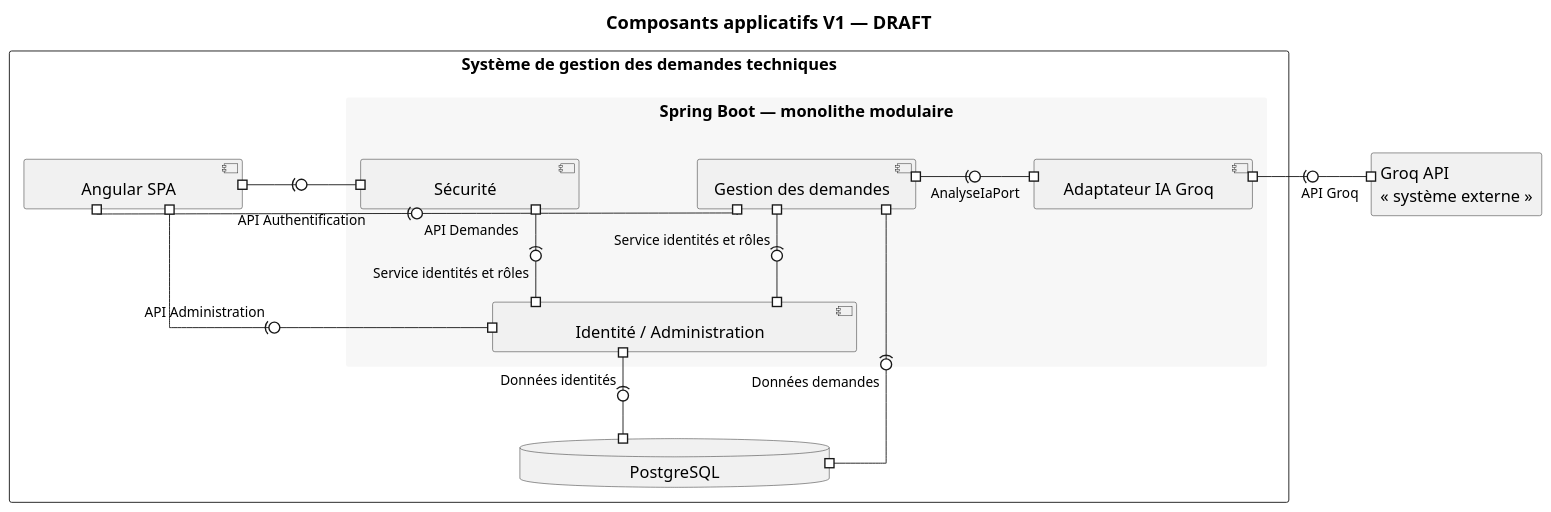
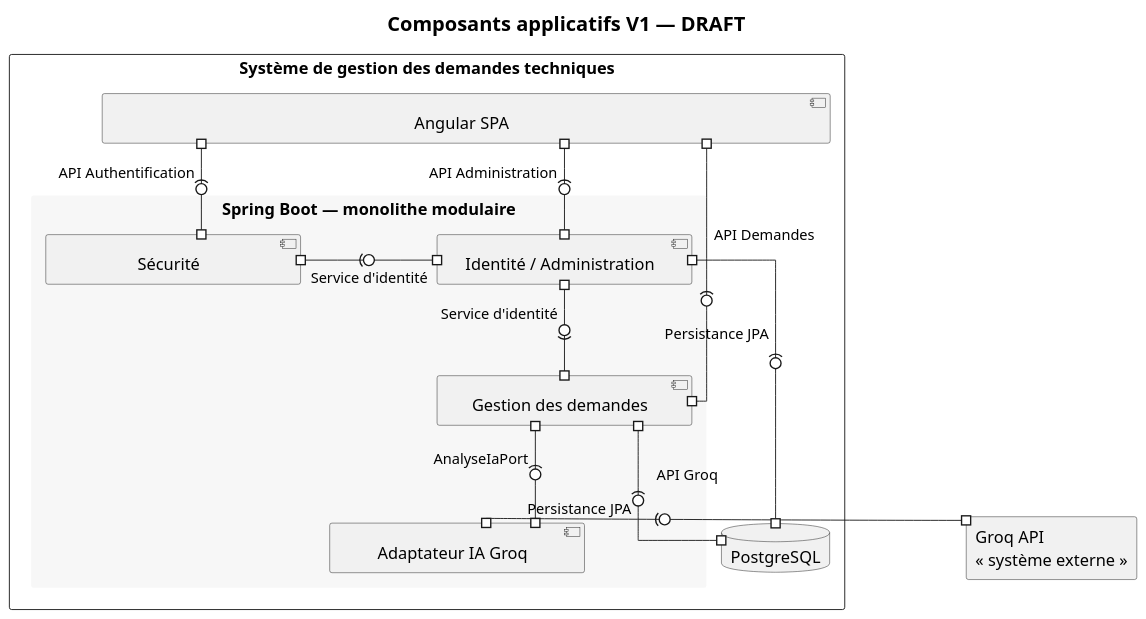
The diagram in docs/uml/component/application-components-v1.puml (akrouty/gestion-demandes-techniques), drawn with PlantUML before and after one commit.

Commit message:
composant diagraml ffixed

```diff
--- a/docs/uml/component/application-components-v1.puml
+++ b/docs/uml/component/application-components-v1.puml
@@ -1,66 +1,52 @@
 @startuml
 !pragma horizontalLineBetweenDifferentPackageAllowed
 ' Statut : DRAFT
-' Vue logique limitée ; aucun détail de déploiement.
-' Les contrats portent des noms architecturaux ; seule AnalyseIaPort est une interface Java.
-' layoutWide est un sélecteur graphique masqué, sans signification architecturale.
+' Vue d'architecture logique limitée ; aucun détail de déploiement.
+' Service d'identité : contrat applicatif de la classe IdentiteService, pas une interface Java.
+' Persistance JPA : accès applicatif via Spring Data JPA/Hibernate à PostgreSQL.
+' PostgreSQL est le système de persistance ; il ne fournit pas l'API JPA.
+' Le Port/Adapter concerne uniquement l'intégration IA.
 title Composants applicatifs V1 — DRAFT
 top to bottom direction
 skinparam monochrome true
 skinparam shadowing false
 skinparam backgroundColor white
 skinparam componentStyle uml2
 skinparam defaultFontSize 18
-skinparam ArrowFontSize 15
-skinparam titleFontSize 20
+skinparam ArrowFontSize 16
+skinparam titleFontSize 22
+skinparam linetype ortho
+skinparam nodesep 150
+skinparam ranksep 100
 <style>
 component {
-  HorizontalAlignment center
-  MinimumWidth 200
-  .layoutWide {
-    MinimumWidth 360
-  }
-}
-database {
-  MinimumWidth 320
-  HorizontalAlignment center
+ HorizontalAlignment center
+ MinimumWidth 240
+ .wide { MinimumWidth 760 }
 }
 </style>
 hide stereotype
-skinparam linetype ortho
-skinparam nodesep 130
-skinparam ranksep 95
 rectangle "Système de gestion des demandes techniques" as SYSTEM {
-  component "Angular SPA" as SPA
-  rectangle "Spring Boot — monolithe modulaire\n" as BACKEND #line:transparent;back:F7F7F7 {
+  component "Angular SPA" as SPA <<wide>>
+  rectangle "Spring Boot — monolithe modulaire" as BACKEND #line:transparent;back:F7F7F7 {
     component "Sécurité" as SECURITY
+    component "Identité / Administration" as IDENTITY
     component "Gestion des demandes" as REQUEST
-    component "Identité / Administration" as IDENTITY <<layoutWide>>
     component "Adaptateur IA Groq" as AI
   }
   database "PostgreSQL" as POSTGRES
 }
 rectangle "Groq API\n« système externe »" as GROQ
-SPA #-right(0-# SECURITY : \nAPI Authentification
-SPA #-right(0-# REQUEST : API Demandes
-SPA #-[norank](0-# IDENTITY : \nAPI Administration
-SECURITY #-down(0-# IDENTITY : Service identités et rôles
-REQUEST #-down(0-# IDENTITY : Service identités et rôles
-' Vue compacte des ports UML : chaque extrémité # dessine un carré sur le cadre.
-' Chaque port appartient au composant auquel son extrémité est rattachée.
-' Assemblies : socket côté port consommateur, lollipop côté port fournisseur.
-' Identités et rôles : même contrat IdentiteService, deux usages représentés.
-REQUEST #-right(0-# AI : AnalyseIaPort
-AI #-right(0-# GROQ : API Groq
-POSTGRES #-up0)-# REQUEST : Données demandes
-IDENTITY #-down(0-# POSTGRES : Données identités
-' Contraintes graphiques uniquement ; aucun lien sémantique supplémentaire.
-REQUEST -[hidden]right-> AI
-REQUEST -[hidden]down-> IDENTITY
-
-SECURITY -[hidden]right-> REQUEST
-IDENTITY -[hidden]down-> POSTGRES
-
-AI -[hidden]right-> GROQ
-
+' Carrés sur cadres : ports UML ; socket consommateur, cercle fournisseur.
+SPA #-down(0-# SECURITY : API Authentification
+SPA #-down(0-# REQUEST : API Demandes\n\n<size:1> </size>
+SPA #-down(0-# IDENTITY : API Administration
+IDENTITY #-left0)-# SECURITY : Service d'identité
+REQUEST #-up(0-# IDENTITY : Service d'identité
+REQUEST #-down(0-# AI : AnalyseIaPort
+AI #-right(0-# GROQ : API Groq\n\n<size:1> </size>
+POSTGRES #-[norank]0)-# REQUEST : Persistance JPA
+POSTGRES #-[norank]0)-# IDENTITY : Persistance JPA
+' Contraintes graphiques uniquement, sans relation sémantique supplémentaire.
+POSTGRES -[hidden]right-> AI
 @enduml
```
